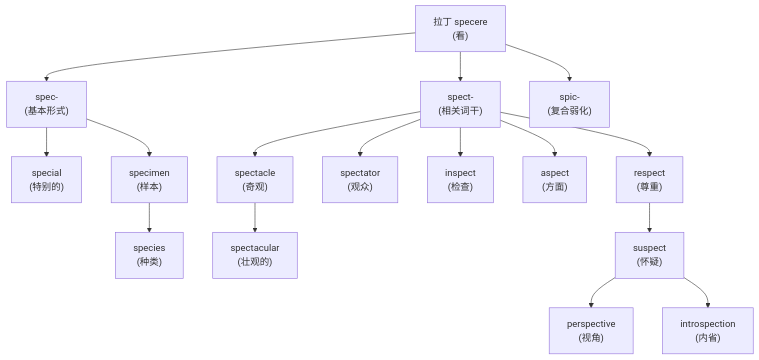
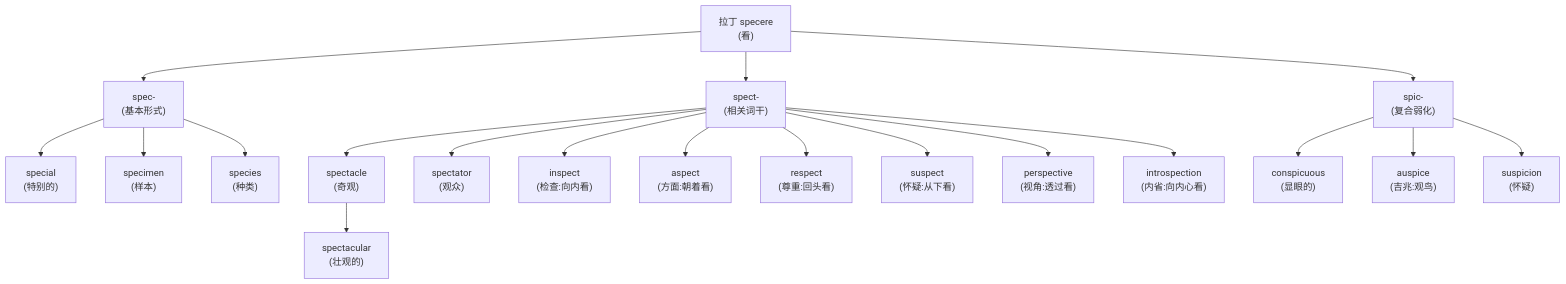
One commit to swiftczz/roots-affixes-book changed the second of 4 diagrams in 02-拉丁之根/第04章-罗马人的看-specere家族.md. Above: the diagram before and after it, drawn with Mermaid. The commit also changed other lines of this file and 5 other files, not shown here.

````diff
--- a/02-拉丁之根/第04章-罗马人的看-specere家族.md
+++ b/02-拉丁之根/第04章-罗马人的看-specere家族.md
@@ -63,21 +65,25 @@
 ```mermaid
 flowchart TD
     specere["拉丁 specere<br/>(看)"]
     specere --> spec["spec-<br/>(基本形式)"]
     specere --> spect["spect-<br/>(相关词干)"]
     specere --> spic["spic-<br/>(复合弱化)"]
 
     spec --> special["special<br/>(特别的)"]
     spec --> specimen["specimen<br/>(样本)"]
-    specimen --> species["species<br/>(种类)"]
+    spec --> species["species<br/>(种类)"]
 
     spect --> spectacle["spectacle<br/>(奇观)"]
     spectacle --> spectacular["spectacular<br/>(壮观的)"]
     spect --> spectator["spectator<br/>(观众)"]
-    spect --> inspect["inspect<br/>(检查)"]
-    spect --> aspect["aspect<br/>(方面)"]
-    spect --> respect["respect<br/>(尊重)"]
-    respect --> suspect["suspect<br/>(怀疑)"]
-    suspect --> perspective["perspective<br/>(视角)"]
-    suspect --> introspection["introspection<br/>(内省)"]
+    spect --> inspect["inspect<br/>(检查:向内看)"]
+    spect --> aspect["aspect<br/>(方面:朝着看)"]
+    spect --> respect["respect<br/>(尊重:回头看)"]
+    spect --> suspect["suspect<br/>(怀疑:从下看)"]
+    spect --> perspective["perspective<br/>(视角:透过看)"]
+    spect --> introspection["introspection<br/>(内省:向内心看)"]
+
+    spic --> conspicuous["conspicuous<br/>(显眼的)"]
+    spic --> auspice["auspice<br/>(吉兆:观鸟)"]
+    spic --> suspicion["suspicion<br/>(怀疑)"]
 ```
````
